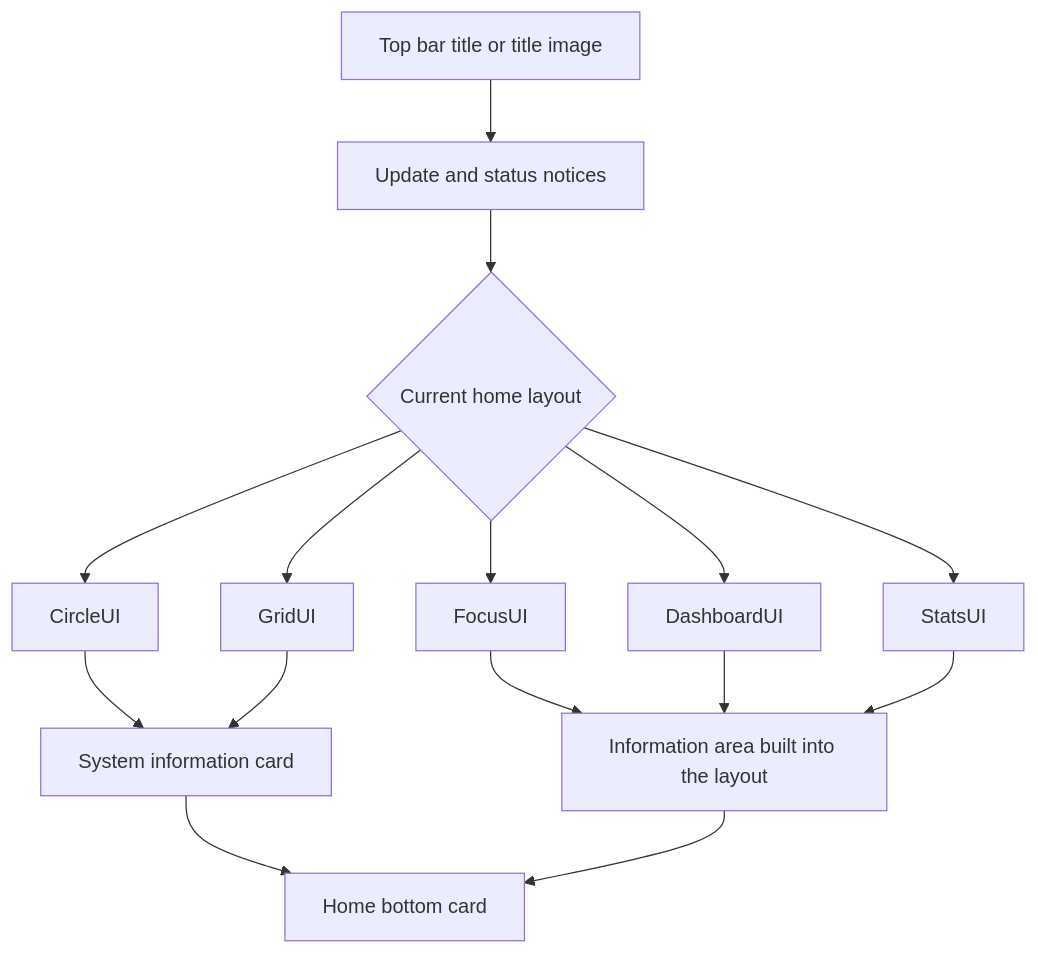
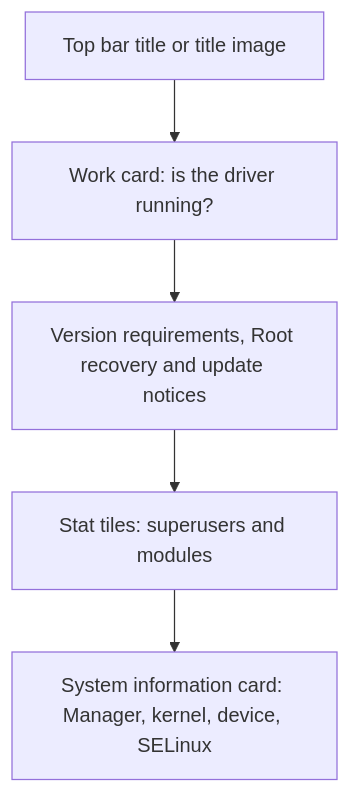
Before and after one commit to LxyaoX/FinaSU: the diagram in website/docs/en/setting/home.md, drawn with Mermaid. The commit also changed other lines of this file and 24 other files, not shown here.

````diff
--- a/website/docs/en/setting/home.md
+++ b/website/docs/en/setting/home.md
@@ -27,17 +27,7 @@
 ```mermaid
 flowchart TD
-    A["Top bar title or title image"] --> B["Update and status notices"]
-    B --> C{"Current home layout"}
-    C --> D["CircleUI"]
-    C --> E["GridUI"]
-    C --> F["FocusUI"]
-    C --> G["DashboardUI"]
-    C --> H["StatsUI"]
-    D --> I["System information card"]
-    E --> I
-    F --> J["Information area built into the layout"]
-    G --> J
-    H --> J
-    I --> K["Home bottom card"]
-    J --> K
+    A["Top bar title or title image"] --> B["Work card: is the driver running?"]
+    B --> C["Version requirements, Root recovery and update notices"]
+    C --> D["Stat tiles: superusers and modules"]
+    D --> E["System information card: Manager, kernel, device, SELinux"]
 ```
````
